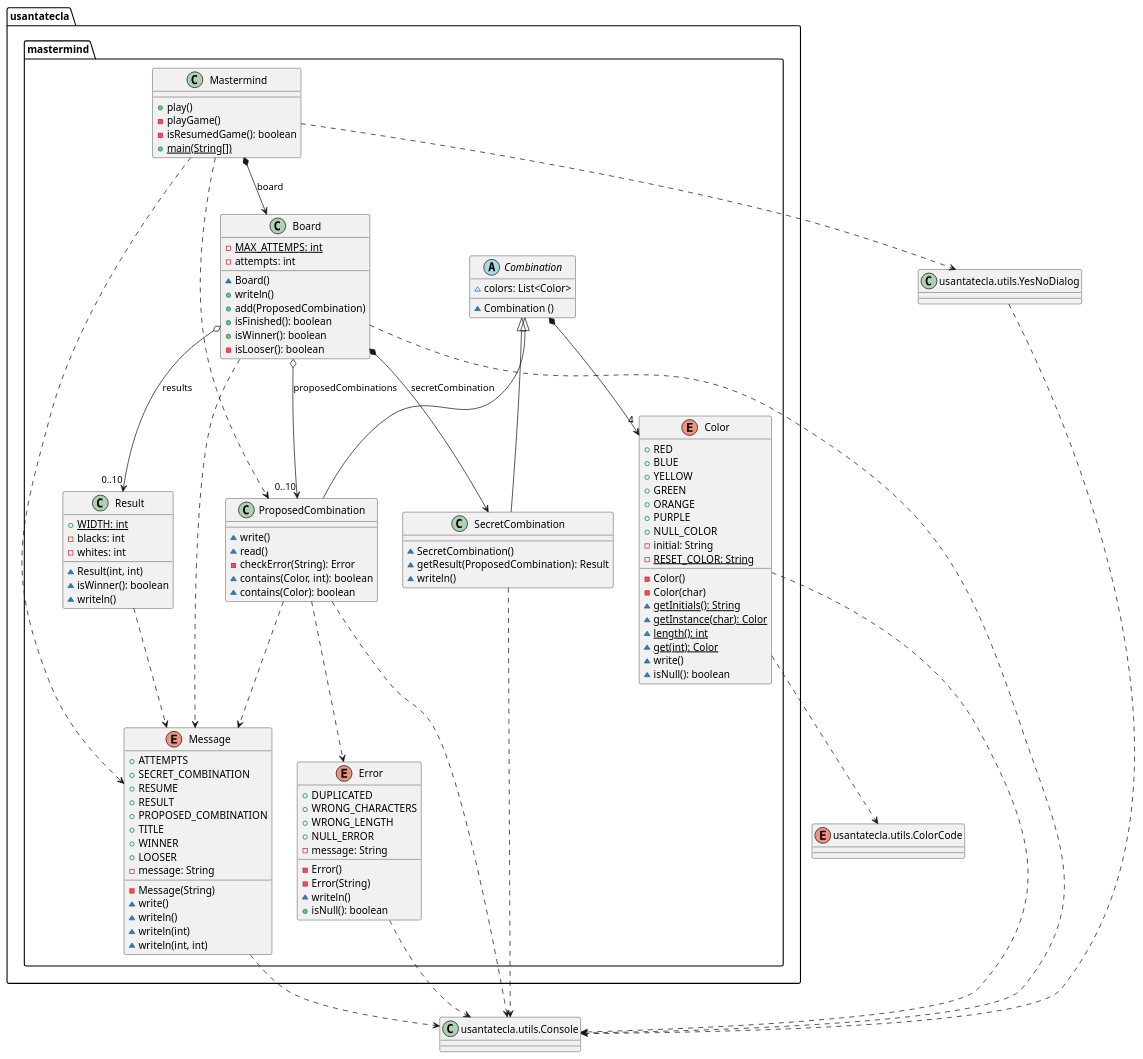
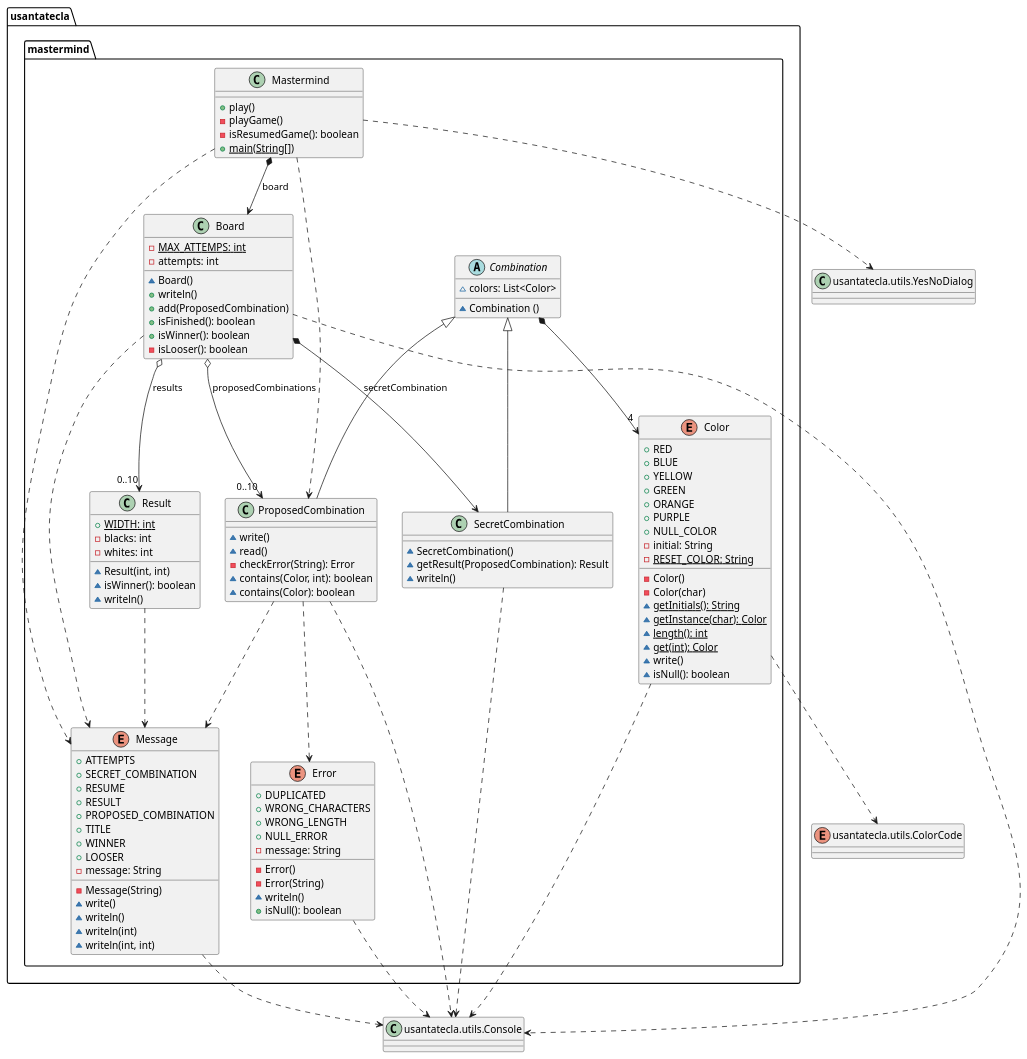
Before and after one commit to SantaTecla-mastermind/solution.java.swing.socket.sql: the first of 2 diagrams in domainModel/docs/diagrams/src/paquetes.plantuml, drawn with PlantUML. The commit also changed 2 other files, not shown here.

Commit message:
DomainModel diagrams completely finished

```diff
--- a/domainModel/docs/diagrams/src/paquetes.plantuml
+++ b/domainModel/docs/diagrams/src/paquetes.plantuml
@@ -1,146 +1,146 @@
 @startuml mastermind
 package usantatecla.mastermind {
 class Mastermind {
 	+ play()
 	- playGame()
 	- isResumedGame(): boolean 
 	+ {static} main(String[])
 }
 
 
 class Board {
   - MAX_ATTEMPS: {static} int 
   - attempts: int 
   ~ Board()
   + writeln()
   + add(ProposedCombination)
   + isFinished(): boolean 
   + isWinner(): boolean 
   - isLooser(): boolean 
 }
 
 abstract class Combination {
 	~ colors: List<Color> 
 	~ Combination ()
 }
 
 class SecretCombination {
 	~ SecretCombination()
 	~ getResult(ProposedCombination): Result 
 	~ writeln()
 }
 
 class ProposedCombination {
 	~write()
 	~read()
 	- checkError(String): Error 
 	~ contains(Color, int): boolean 
 	~ contains(Color): boolean 
 }
 
 class Result{
 	+ WIDTH: {static} int 
 	- blacks: int 
 	- whites: int 
 	~ Result(int, int)
 	~ isWinner(): boolean 
 	~ writeln()
 }
 
 enum Color {
 	+ RED
 	+ BLUE
 	+ YELLOW
 	+ GREEN
 	+ ORANGE
 	+ PURPLE
 	+ NULL_COLOR
 	- initial: String 
 	- RESET_COLOR: {static} String 
 	- Color()
 	- Color(char)
 	~ {static} getInitials(): String 
 	~ {static} getInstance(char): Color
 	~ {static} length(): int 
 	~ {static} get(int): Color 
 	~ write()
 	~ isNull(): boolean 
 }
 
 enum Error {
 	+ DUPLICATED
 	+ WRONG_CHARACTERS
 	+ WRONG_LENGTH
 	+ NULL_ERROR
 	- message: String
 	- Error()
 	- Error(String)
 	~ writeln()
 	+ isNull(): boolean 
 }
 
 enum Message {
 	+ ATTEMPTS
 	+ SECRET_COMBINATION
 	+ RESUME
 	+ RESULT
 	+ PROPOSED_COMBINATION
 	+ TITLE
 	+ WINNER
 	+ LOOSER
 	- message: String 
 	- Message(String)
 	~ write()
 	~ writeln()
 	~ writeln(int)
 	~ writeln(int, int)
 }
 
 
 
 Mastermind *-down-> Board : board
 Mastermind .down.> ProposedCombination
 Board *-down-> SecretCombination : secretCombination
 Board o-down-> "0..10" ProposedCombination : proposedCombinations
 Board o-down-> "0..10" Result : results
 
 Combination *-down-> "4" Color 
 Combination <|-down- SecretCombination
 Combination <|-down- ProposedCombination
 ProposedCombination .down.> Error
 
 
 Mastermind .down.> Message
 Board .down.> Message
 ProposedCombination .down.> Message
 Result .down.> Message
 
 }
 
 
 
 class Console as "usantatecla.utils.Console" {
 
 
 }
 
 class YesNoDialog as "usantatecla.utils.YesNoDialog" {
 
 }
 
 enum ColorCode as "usantatecla.utils.ColorCode" {
 
 }
 
 
 
-YesNoDialog .down.> Console
+
 Board .down.> Console
 Color .down.> Console
 Color .down.> ColorCode 
 Error .down.> Console
 Message .down.> Console
 ProposedCombination .down.> Console
 SecretCombination .down.> Console
 Mastermind .down.> YesNoDialog
 @enduml
```
